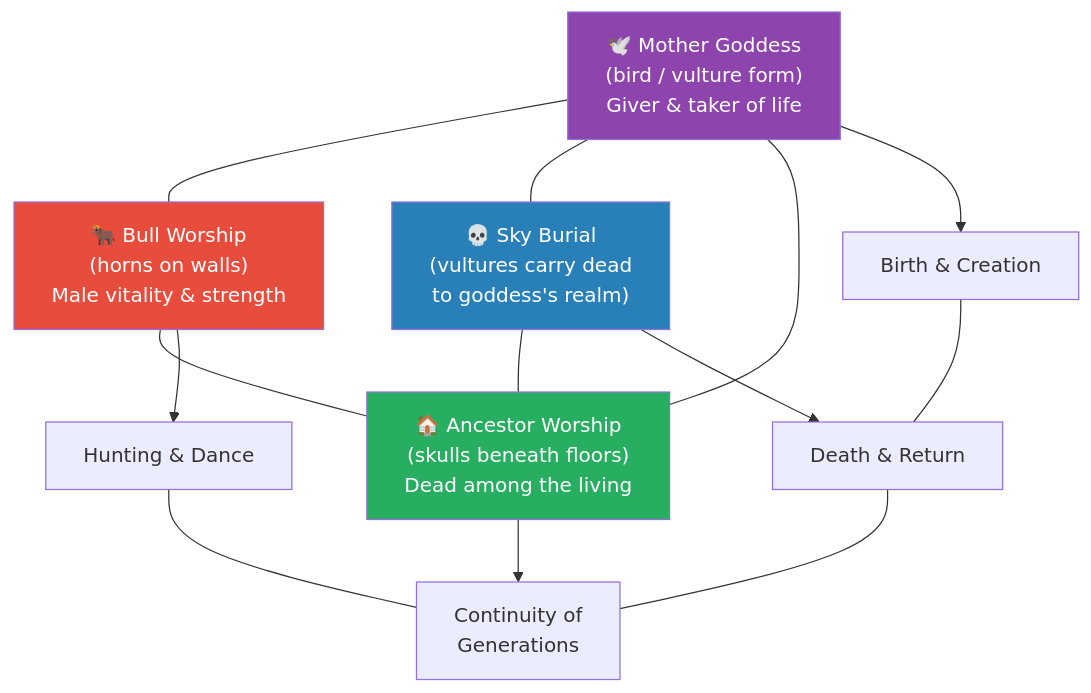
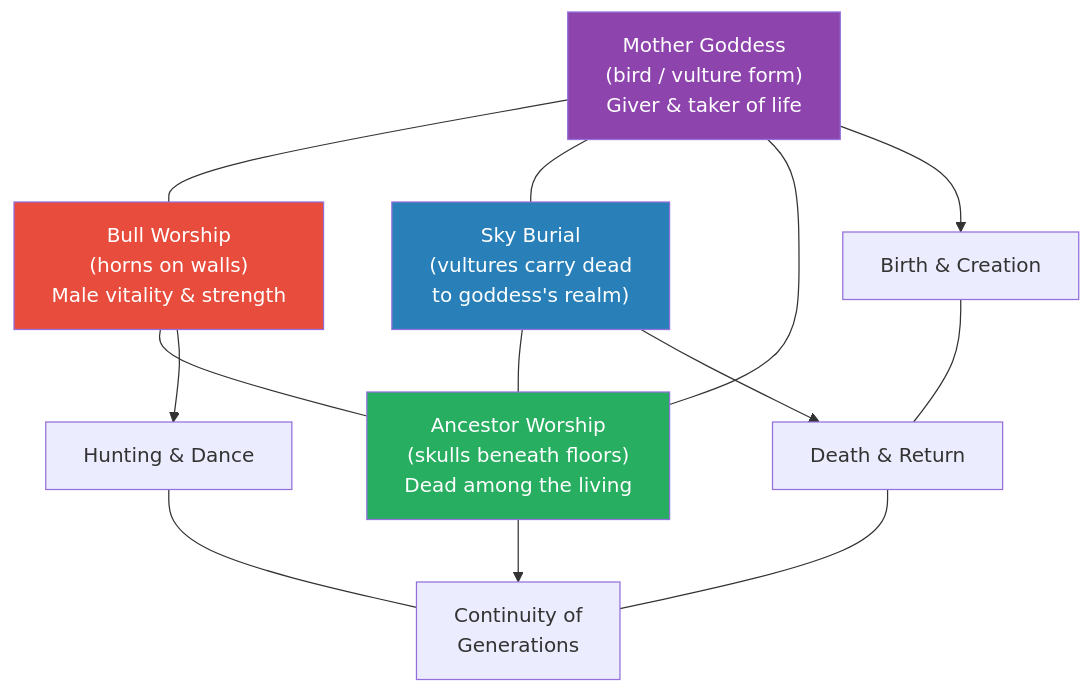
Before and after one commit to alius33/reader: the sixth of 7 diagrams in summaries/Lectures/Civilization/01 - Explaining Humanity's Transition to Agriculture.md, drawn with Mermaid. The commit also changed other lines of this file and 78 other files, not shown here.

````diff
--- a/summaries/Lectures/Civilization/01 - Explaining Humanity's Transition to Agriculture.md
+++ b/summaries/Lectures/Civilization/01 - Explaining Humanity's Transition to Agriculture.md
@@ -617,19 +376,19 @@
 ```mermaid
 flowchart TD
-    MG["🕊️ Mother Goddess<br/>(bird / vulture form)<br/>Giver & taker of life"] --- BW["🐂 Bull Worship<br/>(horns on walls)<br/>Male vitality & strength"]
-    MG --- SB["💀 Sky Burial<br/>(vultures carry dead<br/>to goddess's realm)"]
-    BW --- AW["🏠 Ancestor Worship<br/>(skulls beneath floors)<br/>Dead among the living"]
+    MG["Mother Goddess<br/>(bird / vulture form)<br/>Giver & taker of life"] --- BW["Bull Worship<br/>(horns on walls)<br/>Male vitality & strength"]
+    MG --- SB["Sky Burial<br/>(vultures carry dead<br/>to goddess's realm)"]
+    BW --- AW["Ancestor Worship<br/>(skulls beneath floors)<br/>Dead among the living"]
     SB --- AW
     MG --- AW
     MG --> LIFE["Birth & Creation"]
     SB --> DEATH["Death & Return"]
     BW --> HUNT["Hunting & Dance"]
     AW --> CONT["Continuity of<br/>Generations"]
     LIFE --- DEATH
     HUNT --- CONT
     DEATH --- CONT
     style MG fill:#8e44ad,color:#fff
     style BW fill:#e74c3c,color:#fff
     style SB fill:#2980b9,color:#fff
     style AW fill:#27ae60,color:#fff
 ```
````
